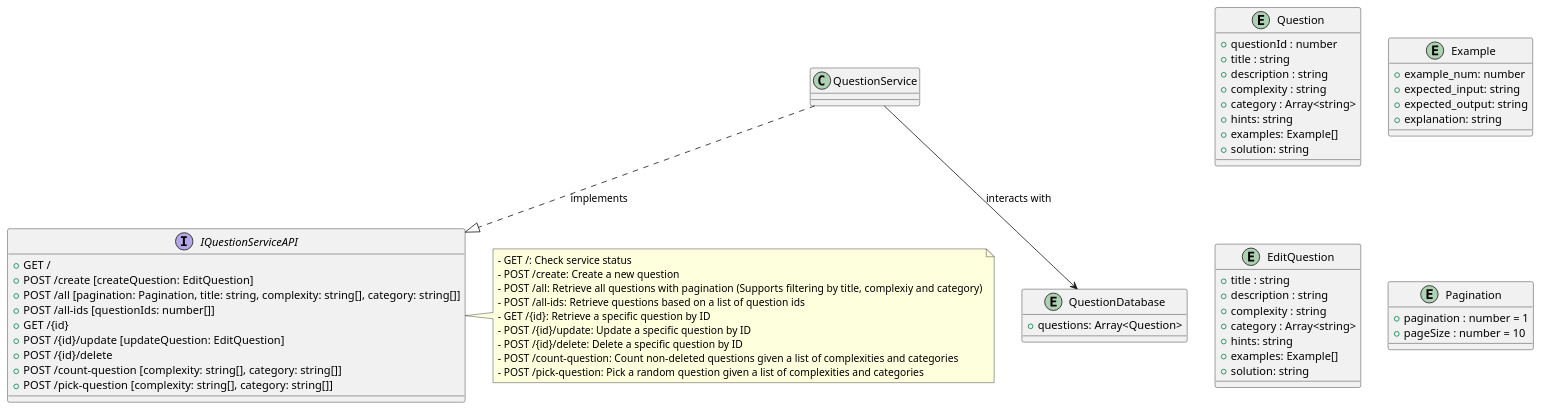
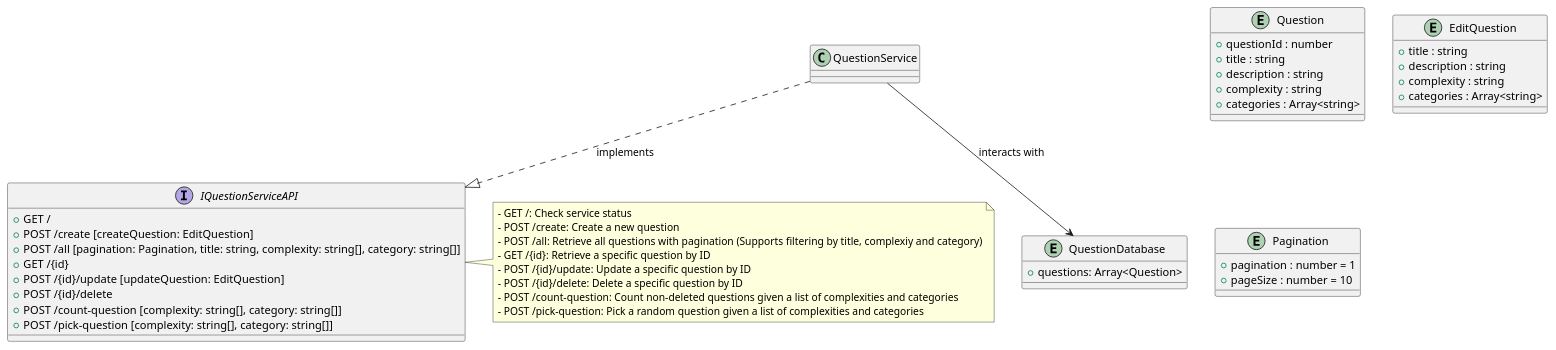
Before and after one commit to CS3219-AY2425S1/cs3219-ay2425s1-project-g15: the diagram in backend/question/docs/question.plantuml, drawn with PlantUML. The commit also changed 77 other files, not shown here.

```diff
--- a/backend/question/docs/question.plantuml
+++ b/backend/question/docs/question.plantuml
@@ -1,70 +1,55 @@
 @startuml Question Service
 
 entity Question {
   + questionId : number
   + title : string
   + description : string
   + complexity : string
-  + category : Array<string>
-  + hints: string
-  + examples: Example[]
-  + solution: string
-}
-
-entity Example {
-  + example_num: number
-  + expected_input: string
-  + expected_output: string
-  + explanation: string
+  + categories : Array<string>
 }
 
 entity EditQuestion {
   + title : string
   + description : string
   + complexity : string
-  + category : Array<string>
-  + hints: string
-  + examples: Example[]
-  + solution: string
+  + categories : Array<string>
 }
 
 entity Pagination {
   + pagination : number = 1
   + pageSize : number = 10
 }
 
 interface IQuestionServiceAPI {
   + GET /
   + POST /create [createQuestion: EditQuestion]
   + POST /all [pagination: Pagination, title: string, complexity: string[], category: string[]]
-  + POST /all-ids [questionIds: number[]]
   + GET /{id}
   + POST /{id}/update [updateQuestion: EditQuestion]
   + POST /{id}/delete
   + POST /count-question [complexity: string[], category: string[]]
   + POST /pick-question [complexity: string[], category: string[]]
 }
 
 note right of IQuestionServiceAPI
   - GET /: Check service status
   - POST /create: Create a new question
   - POST /all: Retrieve all questions with pagination (Supports filtering by title, complexiy and category)
-  - POST /all-ids: Retrieve questions based on a list of question ids
   - GET /{id}: Retrieve a specific question by ID
   - POST /{id}/update: Update a specific question by ID
   - POST /{id}/delete: Delete a specific question by ID
   - POST /count-question: Count non-deleted questions given a list of complexities and categories
   - POST /pick-question: Pick a random question given a list of complexities and categories
 end note
 
 class QuestionService {
 }
 
 entity QuestionDatabase {
   + questions: Array<Question>
 }
 
 QuestionService ..|> IQuestionServiceAPI : implements
 QuestionService --> QuestionDatabase : interacts with
 
 @enduml
```
